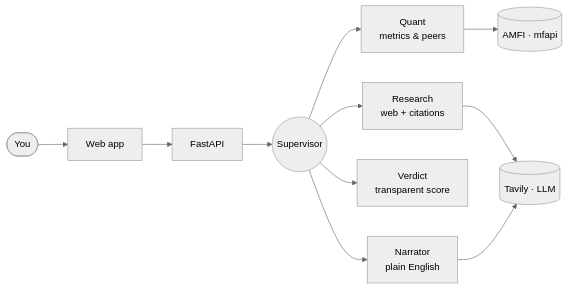
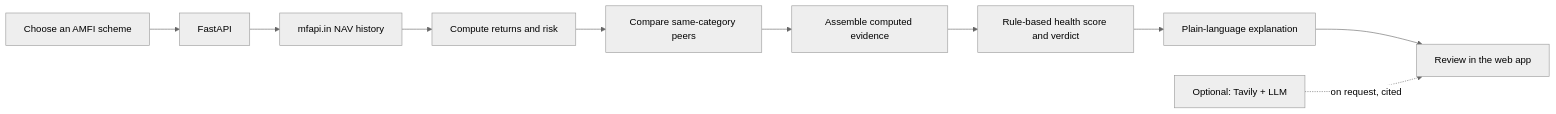
The diagram in README.md (chamanthmvs/Truthfolio), drawn with Mermaid (neutral theme) before and after one commit. The commit also changed other lines of this file and 6 other files, not shown here.

````diff
--- a/README.md
+++ b/README.md
@@ -67,13 +57,12 @@
 ```mermaid
 flowchart LR
-    U([You]) --> FE[Web app]
-    FE --> API[FastAPI]
-    API --> SUP(("Supervisor"))
-    SUP --> Q["Quant<br/>metrics & peers"]
-    SUP --> R["Research<br/>web + citations"]
-    SUP --> V["Verdict<br/>transparent score"]
-    SUP --> N["Narrator<br/>plain English"]
-    Q --> D[("AMFI · mfapi")]
-    R --> W[("Tavily · LLM")]
-    N --> W
+    User["Choose an AMFI scheme"] --> API["FastAPI"]
+    API --> NAV["mfapi.in NAV history"]
+    NAV --> Quant["Compute returns and risk"]
+    Quant --> Peers["Compare same-category peers"]
+    Peers --> Evidence["Assemble computed evidence"]
+    Evidence --> Score["Rule-based health score and verdict"]
+    Score --> Explain["Plain-language explanation"]
+    Explain --> UI["Review in the web app"]
+    Research["Optional: Tavily + LLM"] -. "on request, cited" .-> UI
 ```
````
